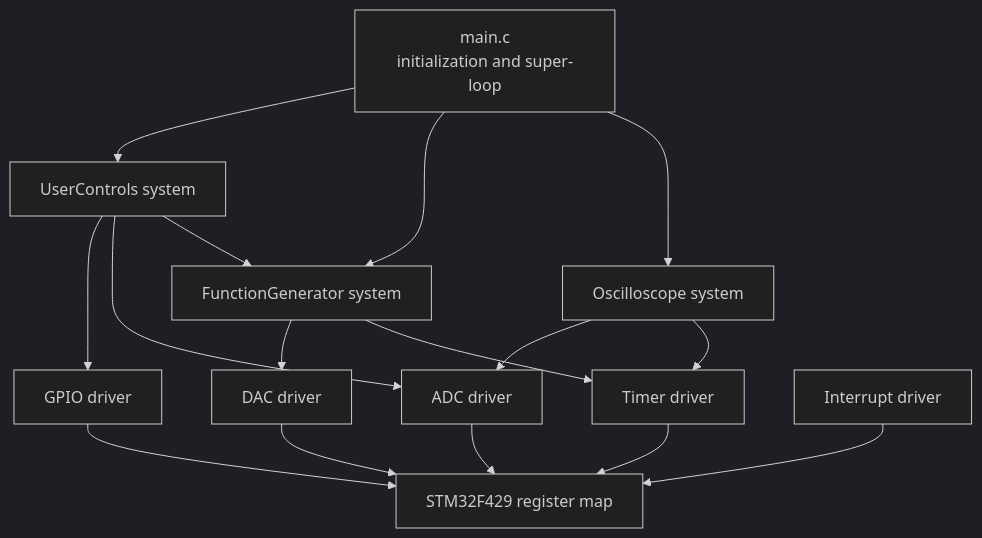
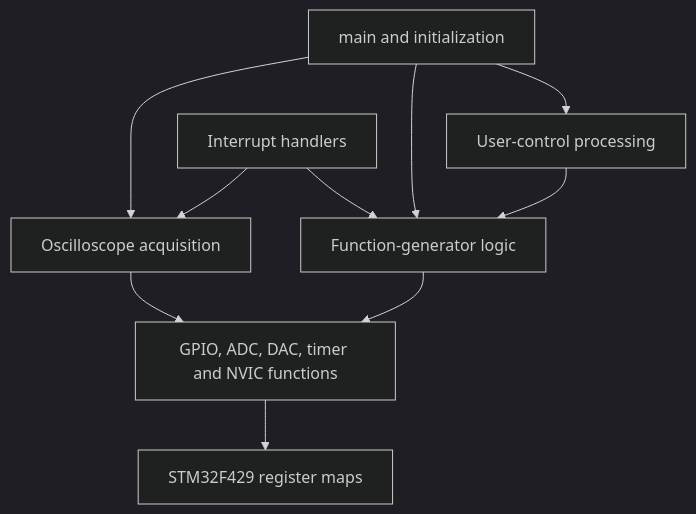
One commit to MusaabTaha/EduScope changed the fourth of 6 diagrams in README.md. Above: the diagram before and after it, drawn with Mermaid (dark theme). The commit also changed other lines of this file, not shown here.

````diff
--- a/README.md
+++ b/README.md
@@ -222,36 +237,20 @@
 ```mermaid
 flowchart TB
-    APP[main.c\ninitialization and super-loop]
+    MAIN[main and initialization]
+    CTRL[User-control processing]
+    AWG[Function-generator logic]
+    SCOPE[Oscilloscope acquisition]
+    ISR[Interrupt handlers]
+    DRV[GPIO, ADC, DAC, timer and NVIC functions]
+    REG[STM32F429 register maps]
 
-    CTRL[UserControls system]
-    FG[FunctionGenerator system]
-    OSC[Oscilloscope system]
-
-    GPIO[GPIO driver]
-    ADC[ADC driver]
-    DAC[DAC driver]
-    TIM[Timer driver]
-    IRQ[Interrupt driver]
-
-    REG[STM32F429 register map]
-
-    APP --> CTRL
-    APP --> FG
-    APP --> OSC
-
-    CTRL --> GPIO
-    CTRL --> ADC
-    CTRL --> FG
-
-    FG --> DAC
-    FG --> TIM
-
-    OSC --> ADC
-    OSC --> TIM
-
-    GPIO --> REG
-    ADC --> REG
-    DAC --> REG
-    TIM --> REG
-    IRQ --> REG
+    MAIN --> CTRL
+    MAIN --> AWG
+    MAIN --> SCOPE
+    CTRL --> AWG
+    AWG --> DRV
+    SCOPE --> DRV
+    ISR --> AWG
+    ISR --> SCOPE
+    DRV --> REG
 ```
````
